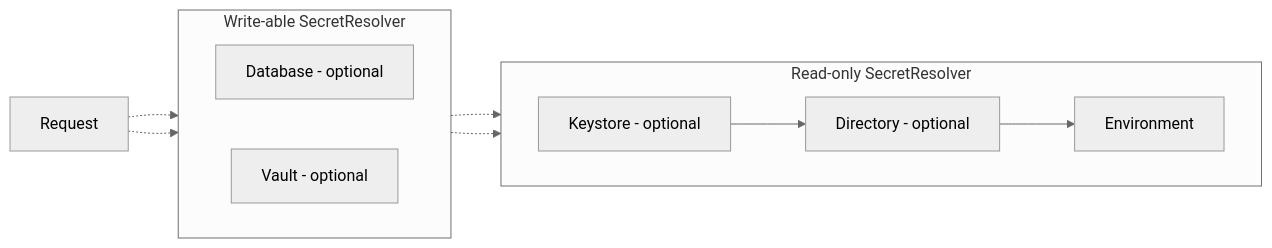
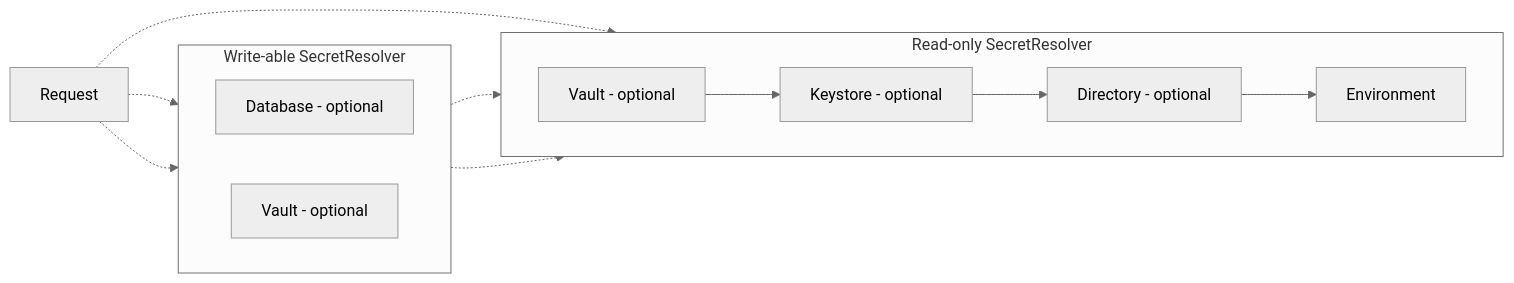
The diagram in doc/secret-management.md (illuin-tech/wombat), drawn with Mermaid (neutral theme) before and after one commit. The commit also changed other lines of this file and 15 other files, not shown here.

Commit message:
feat(w105): read-only vault secret-resolver

````diff
--- a/doc/secret-management.md
+++ b/doc/secret-management.md
@@ -14,26 +14,29 @@
 ```mermaid
 graph LR
     REQUEST[Request]
 
     subgraph WRITEABLE[Write-able SecretResolver]
         direction LR
         DATABASE[Database - optional]
         VAULT[Vault - optional]
     end
     
     subgraph READ_ONLY[Read-only SecretResolver]
         direction LR
         
+        VAULT_READ[Vault - optional]
         KEYSTORE[Keystore - optional]
         DIRECTORY[Directory - optional]
         ENVIRONMENT[Environment]
         
+        VAULT_READ --> KEYSTORE
         KEYSTORE --> DIRECTORY
         DIRECTORY --> ENVIRONMENT
     end
     
     REQUEST -.-> DATABASE
     REQUEST -.-> VAULT
-    DATABASE -.-> KEYSTORE
+    REQUEST -.-> VAULT_READ
+    DATABASE -.-> VAULT_READ
     VAULT -.-> KEYSTORE
 ```
````
